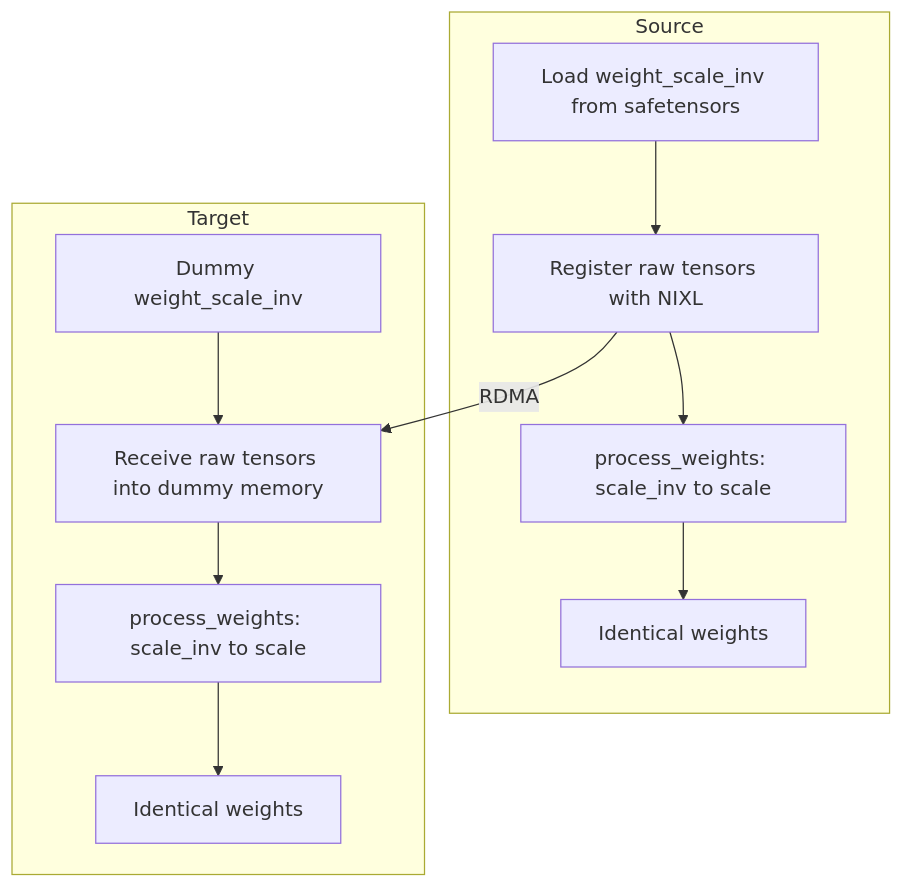
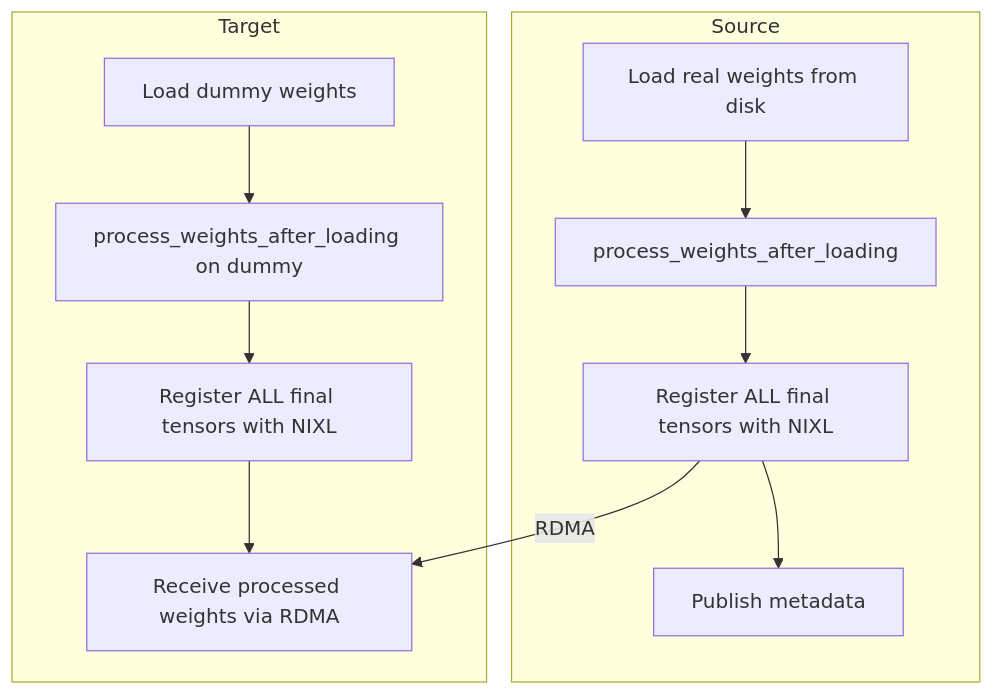
One commit to ai-dynamo/modelexpress changed the second of 2 diagrams in docs/ARCHITECTURE.md. Above: the diagram before and after it, drawn with Mermaid. The commit also changed other lines of this file and 1 other file, not shown here.

First line of the commit message:
feat: register post-processed tensors with NIXL using full module tree traversal

````diff
--- a/docs/ARCHITECTURE.md
+++ b/docs/ARCHITECTURE.md
@@ -503,18 +515,18 @@
 ```mermaid
 graph TD
     subgraph Source
-        S1[Load weight_scale_inv from safetensors]
-        S2[Register raw tensors with NIXL]
-        S3[process_weights: scale_inv to scale]
-        S4[Identical weights]
+        S1[Load real weights from disk]
+        S2[process_weights_after_loading]
+        S3[Register ALL final tensors with NIXL]
+        S4[Publish metadata]
         S1 --> S2 --> S3 --> S4
     end
     subgraph Target
-        T1[Dummy weight_scale_inv]
-        T2[Receive raw tensors into dummy memory]
-        T3[process_weights: scale_inv to scale]
-        T4[Identical weights]
+        T1[Load dummy weights]
+        T2[process_weights_after_loading on dummy]
+        T3[Register ALL final tensors with NIXL]
+        T4[Receive processed weights via RDMA]
         T1 --> T2 --> T3 --> T4
     end
-    S2 -- "RDMA" --> T2
+    S3 -- "RDMA" --> T4
 ```
````
